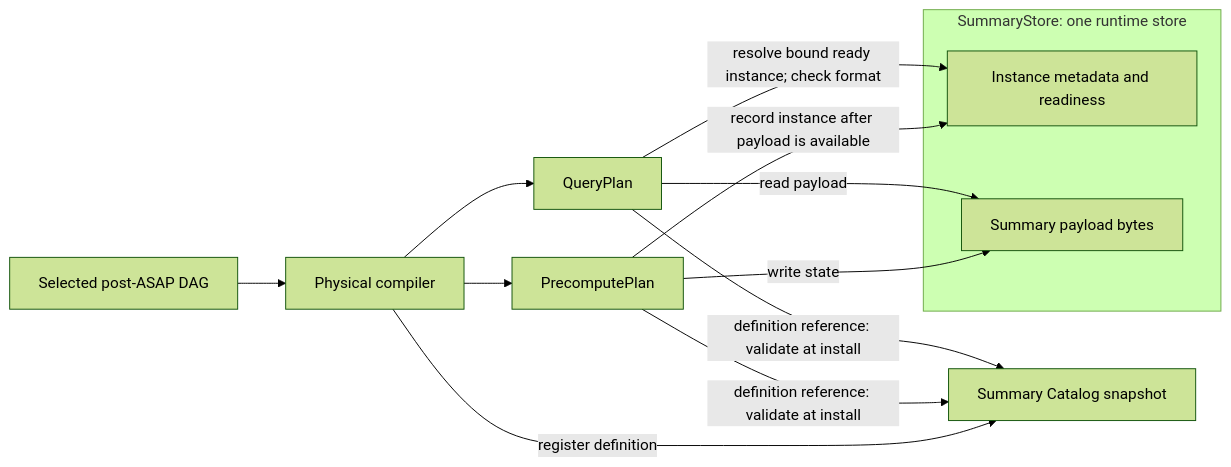
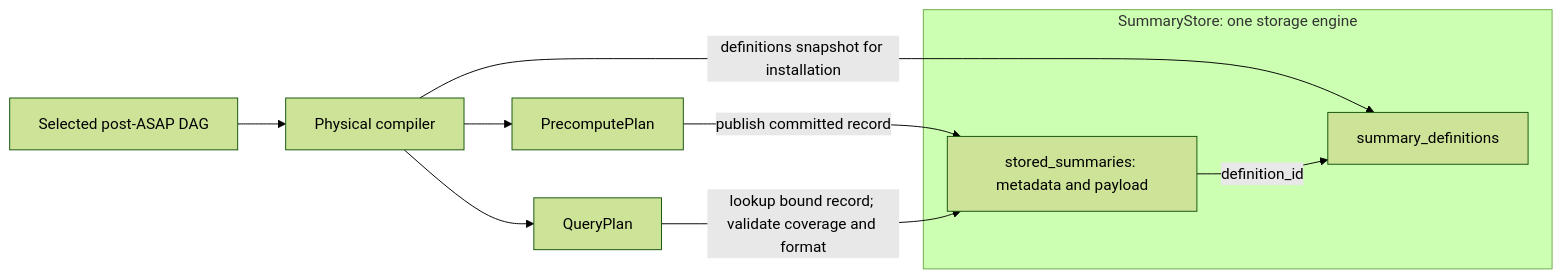
One commit to ProjectASAP/ASAPQuery-backend changed the diagram in docs/design_docs/asapplanner-integration.md. Above: the diagram before and after it, drawn with Mermaid (forest theme). The commit also changed other lines of this file and 4 other files, not shown here.

Commit message:
docs: name summary tables, stored records, and output references by role

````diff
--- a/docs/design_docs/asapplanner-integration.md
+++ b/docs/design_docs/asapplanner-integration.md
@@ -48,17 +48,14 @@
 ```mermaid
 flowchart LR
   D[Selected post-ASAP DAG] --> C[Physical compiler]
   C --> P[PrecomputePlan]
-  C -->|register definition| S[Summary Catalog snapshot]
   C --> Q[QueryPlan]
-  P -->|definition reference: validate at install| S
-  Q -->|definition reference: validate at install| S
-  subgraph Store[SummaryStore: one runtime store]
-    I[Instance metadata and readiness]
-    B[Summary payload bytes]
+  C -->|definitions snapshot for installation| Def
+  subgraph Store[SummaryStore: one storage engine]
+    Def[summary_definitions]
+    Rows[stored_summaries: metadata and payload]
+    Rows -->|definition_id| Def
   end
-  P -->|write state| B
-  P -->|record instance after payload is available| I
-  Q -->|resolve bound ready instance; check format| I
-  Q -->|read payload| B
+  P -->|publish committed record| Rows
+  Q -->|lookup bound record; validate coverage and format| Rows
 ```
````
